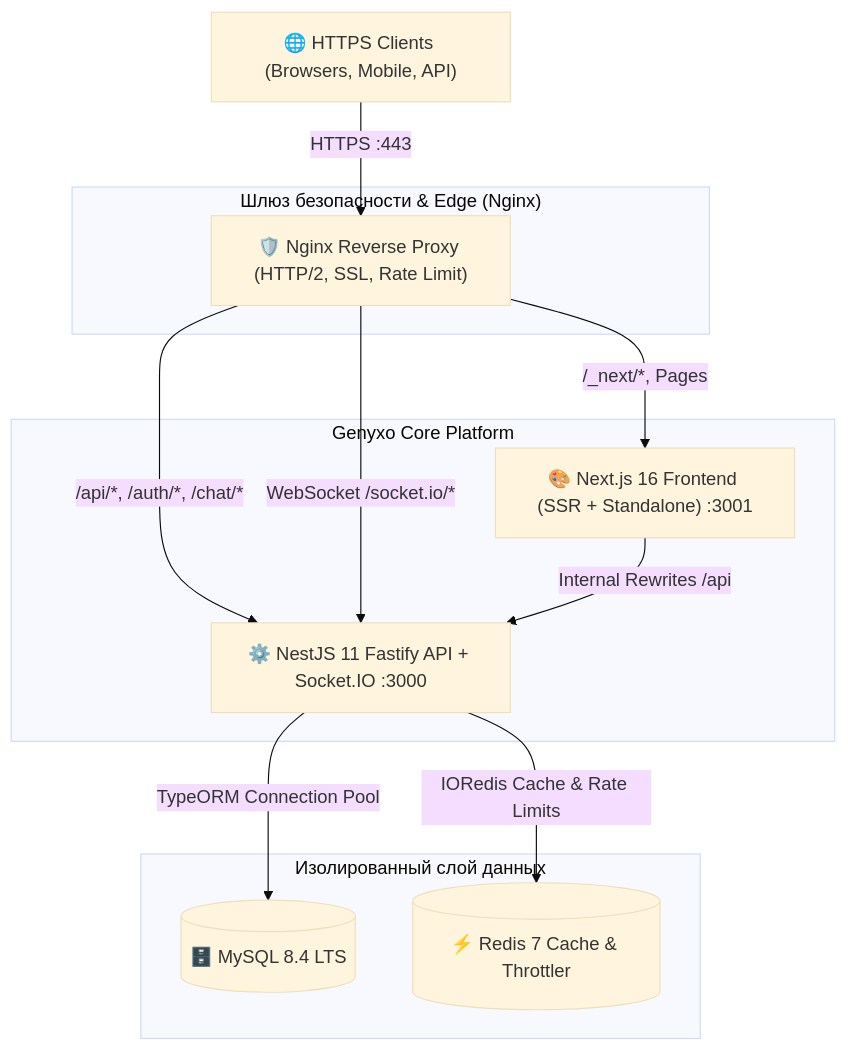
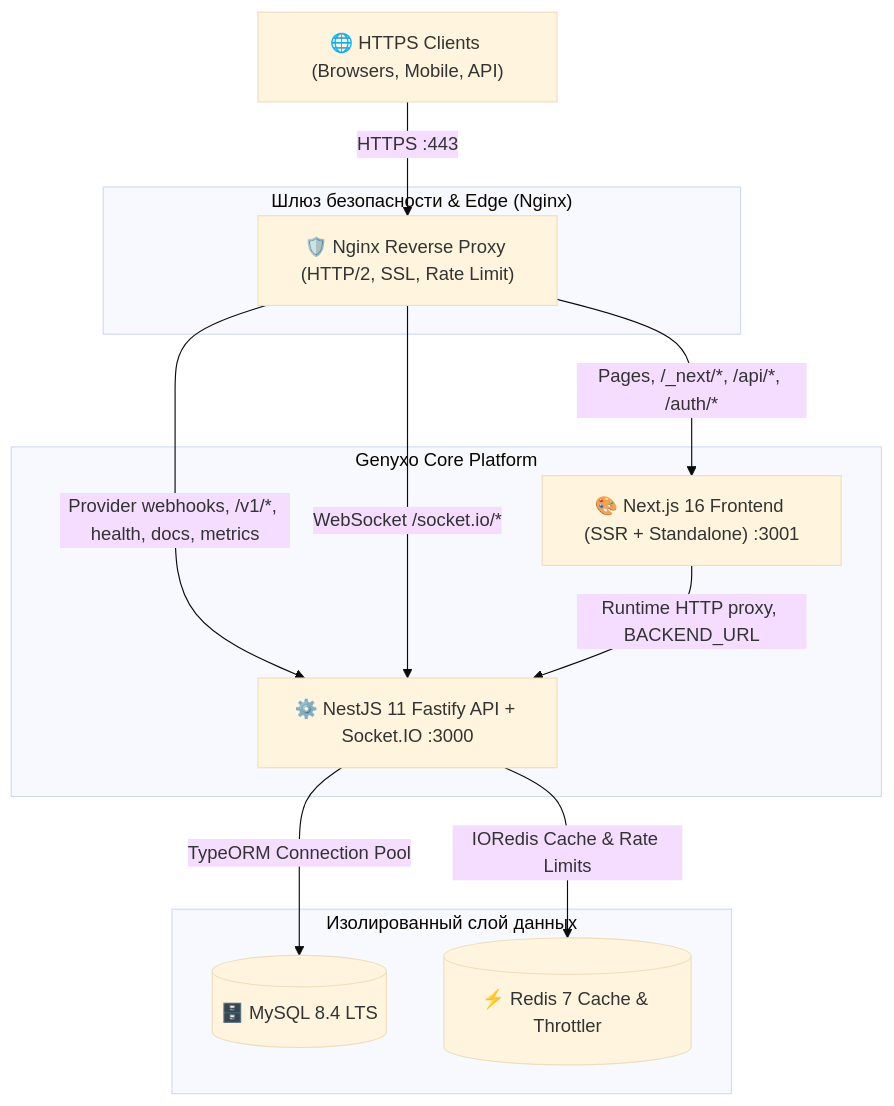
Before and after one commit to subvincdebian/Genyxo: the diagram in DEPLOYMENT.md, drawn with Mermaid (base theme). The commit also changed other lines of this file and 38 other files, not shown here.

Commit message:
fix(frontend): finalize Next.js routing and verify migration

````diff
--- a/DEPLOYMENT.md
+++ b/DEPLOYMENT.md
@@ -9,26 +9,26 @@
 ```mermaid
 flowchart TD
     Client["🌐 HTTPS Clients (Browsers, Mobile, API)"]
-    
+
     subgraph Edge["Шлюз безопасности & Edge (Nginx)"]
         Nginx["🛡️ Nginx Reverse Proxy (HTTP/2, SSL, Rate Limit)"]
     end
 
     subgraph Platform["Genyxo Core Platform"]
         Frontend["🎨 Next.js 16 Frontend (SSR + Standalone) :3001"]
         Backend["⚙️ NestJS 11 Fastify API + Socket.IO :3000"]
     end
 
     subgraph Data["Изолированный слой данных"]
         MySQL[("🗄️ MySQL 8.4 LTS")]
         Redis[("⚡ Redis 7 Cache & Throttler")]
     end
 
     Client -->|HTTPS :443| Nginx
-    Nginx -->|/_next/*, Pages| Frontend
-    Nginx -->|/api/*, /auth/*, /chat/*| Backend
+    Nginx -->|Pages, /_next/*, /api/*, /auth/*| Frontend
+    Nginx -->|Provider webhooks, /v1/*, health, docs, metrics| Backend
     Nginx -->|WebSocket /socket.io/*| Backend
-    Frontend -->|Internal Rewrites /api| Backend
+    Frontend -->|Runtime HTTP proxy, BACKEND_URL| Backend
     Backend -->|TypeORM Connection Pool| MySQL
     Backend -->|IORedis Cache & Rate Limits| Redis
 ```
````
